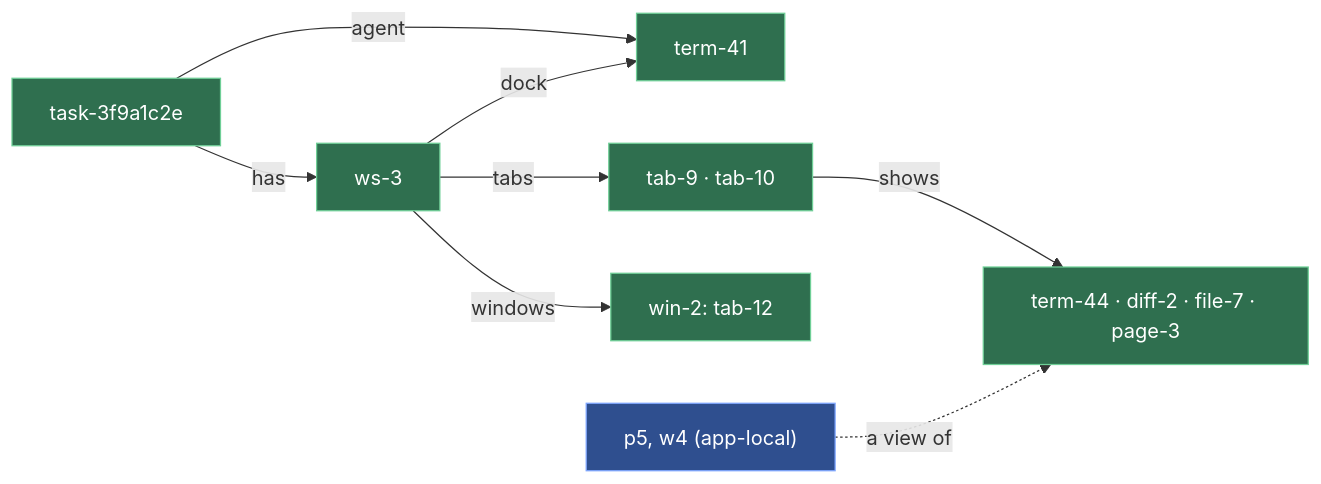
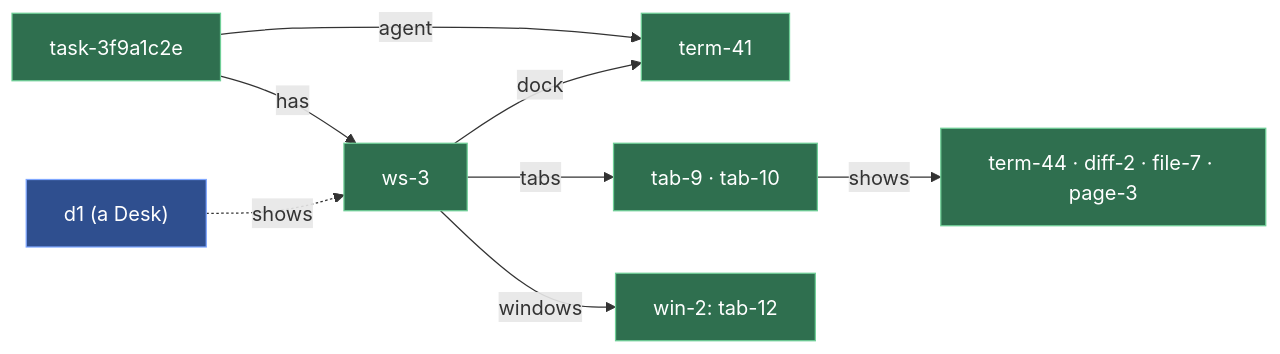
Before and after one commit to tampopogk/kanna: the second of 2 diagrams in docs/specs/presentation-layers.md, drawn with Mermaid. The commit also changed other lines of this file and 43 other files, not shown here.

````diff
--- a/docs/specs/presentation-layers.md
+++ b/docs/specs/presentation-layers.md
@@ -84,14 +84,14 @@
 ```mermaid
 flowchart LR
     T["task-3f9a1c2e"] -->|"has"| WS["ws-3"]
     T -->|"agent"| A["term-41"]
     WS -->|"dock"| A
     WS -->|"tabs"| TB["tab-9 · tab-10"]
     WS -->|"windows"| LW["win-2: tab-12"]
     TB -->|"shows"| C["term-44 · diff-2 · file-7 · page-3"]
-    P["p5, w4 (app-local)"] -.->|"a view of"| C
+    P["d1 (a Desk)"] -.->|"shows"| WS
     classDef d fill:#2f6f4f,stroke:#6fcf97,color:#ffffff
     classDef a fill:#2f4f8f,stroke:#7fa7ff,color:#ffffff
     class T,WS,A,TB,LW,C d
     class P a
 ```
````
